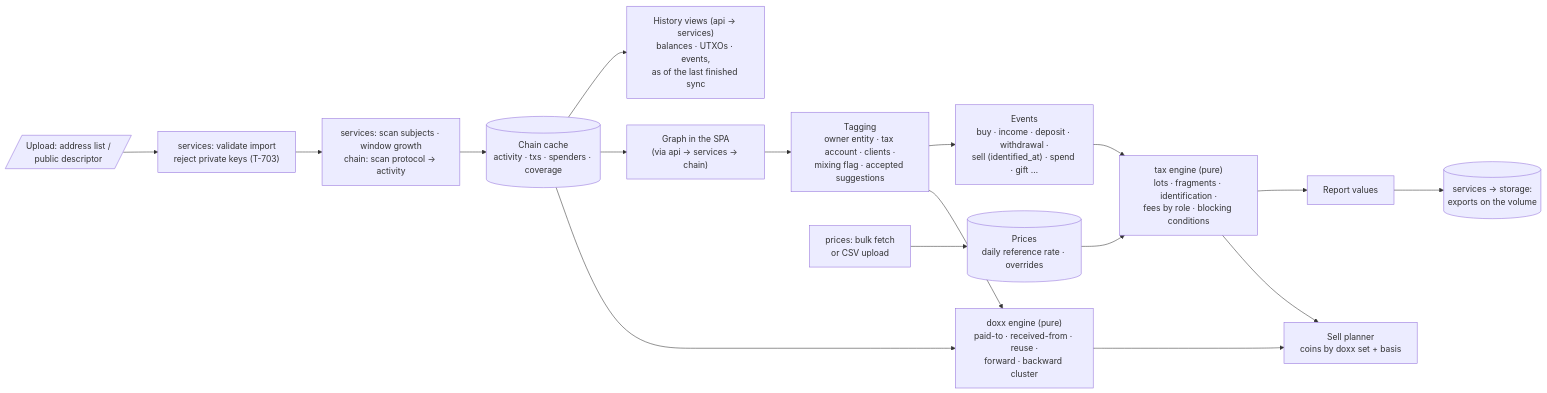
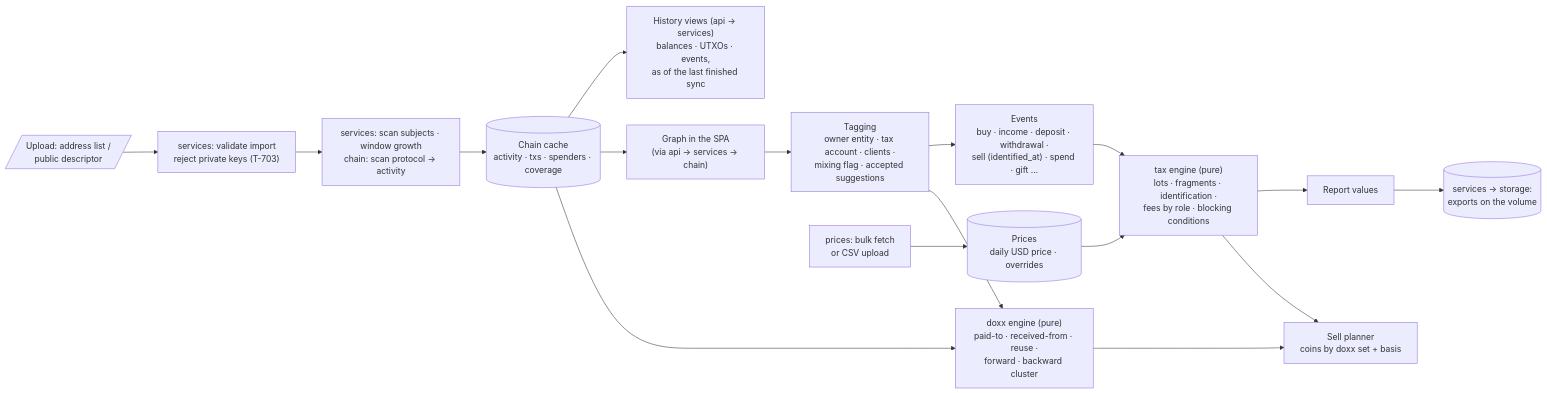
One commit to kristovatlas/coin-accounting changed the fourth of 9 diagrams in docs/architecture.md. Above: the diagram before and after it, drawn with Mermaid. The commit also changed other lines of this file and 7 other files, not shown here.

````diff
--- a/docs/architecture.md
+++ b/docs/architecture.md
@@ -240,19 +240,19 @@
 ```mermaid
 flowchart LR
   I1[/"Upload: address list /<br/>public descriptor"/] --> V["services: validate import<br/>reject private keys (T-703)"]
   V --> D["services: scan subjects · window growth<br/>chain: scan protocol → activity"]
   D --> C[("Chain cache<br/>activity · txs · spenders · coverage")]
   C --> H["History views (api → services)<br/>balances · UTXOs · events,<br/>as of the last finished sync"]
   C --> G["Graph in the SPA<br/>(via api → services → chain)"]
   G --> T["Tagging<br/>owner entity · tax account · clients ·<br/>mixing flag · accepted suggestions"]
   T --> E["Events<br/>buy · income · deposit · withdrawal ·<br/>sell (identified_at) · spend · gift …"]
-  PF["prices: bulk fetch<br/>or CSV upload"] --> P[("Prices<br/>daily reference rate · overrides")]
+  PF["prices: bulk fetch<br/>or CSV upload"] --> P[("Prices<br/>daily USD price · overrides")]
   P --> L
   E --> L["tax engine (pure)<br/>lots · fragments · identification ·<br/>fees by role · blocking conditions"]
   C --> X
   T --> X["doxx engine (pure)<br/>paid-to · received-from · reuse ·<br/>forward · backward cluster"]
   L --> R["Report values"]
   R --> O[("services → storage:<br/>exports on the volume")]
   X --> SP["Sell planner<br/>coins by doxx set + basis"]
   L --> SP
 ```
````
